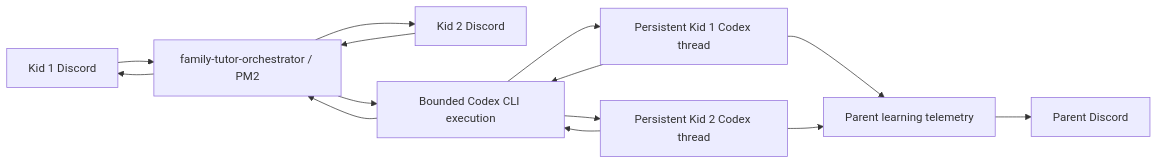
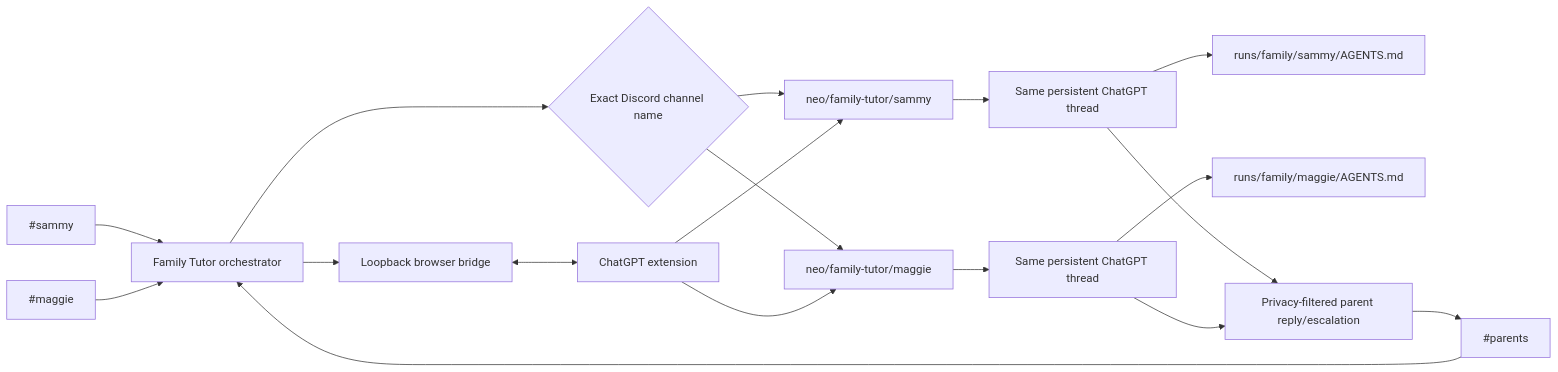
Before and after one commit to lalalic/neo: the diagram in family-tutor/docs/architecture.md, drawn with Mermaid. The commit also changed other lines of this file and 37 other files, not shown here.

Commit message:
feat(family-tutor): consolidate browser-backed parent context

````diff
--- a/family-tutor/docs/architecture.md
+++ b/family-tutor/docs/architecture.md
@@ -3,16 +6,20 @@
-```mermaid
+~~~mermaid
 flowchart LR
-  K1[Kid 1 Discord] --> B[family-tutor-orchestrator / PM2]
-  K2[Kid 2 Discord] --> B
-  B --> C[Bounded Codex CLI execution]
-  C --> T1[Persistent Kid 1 Codex thread]
-  C --> T2[Persistent Kid 2 Codex thread]
-  T1 --> C
-  T2 --> C
-  C --> B
-  B --> K1
-  B --> K2
-  T1 --> P[Parent learning telemetry]
-  T2 --> P
-  P --> PD[Parent Discord]
-```
+  C1[#sammy] --> O[Family Tutor orchestrator]
+  C2[#maggie] --> O
+  P[#parents] --> O
+  O --> R{Exact Discord channel name}
+  R --> S[neo/family-tutor/sammy]
+  R --> M[neo/family-tutor/maggie]
+  S --> T1[Same persistent ChatGPT thread]
+  M --> T2[Same persistent ChatGPT thread]
+  O --> B[Loopback browser bridge]
+  B <--> E[ChatGPT extension]
+  E --> S
+  E --> M
+  T1 --> A1[runs/family/sammy/AGENTS.md]
+  T2 --> A2[runs/family/maggie/AGENTS.md]
+  T1 --> Q[Privacy-filtered parent reply/escalation]
+  T2 --> Q
+  Q --> P
+~~~
````
